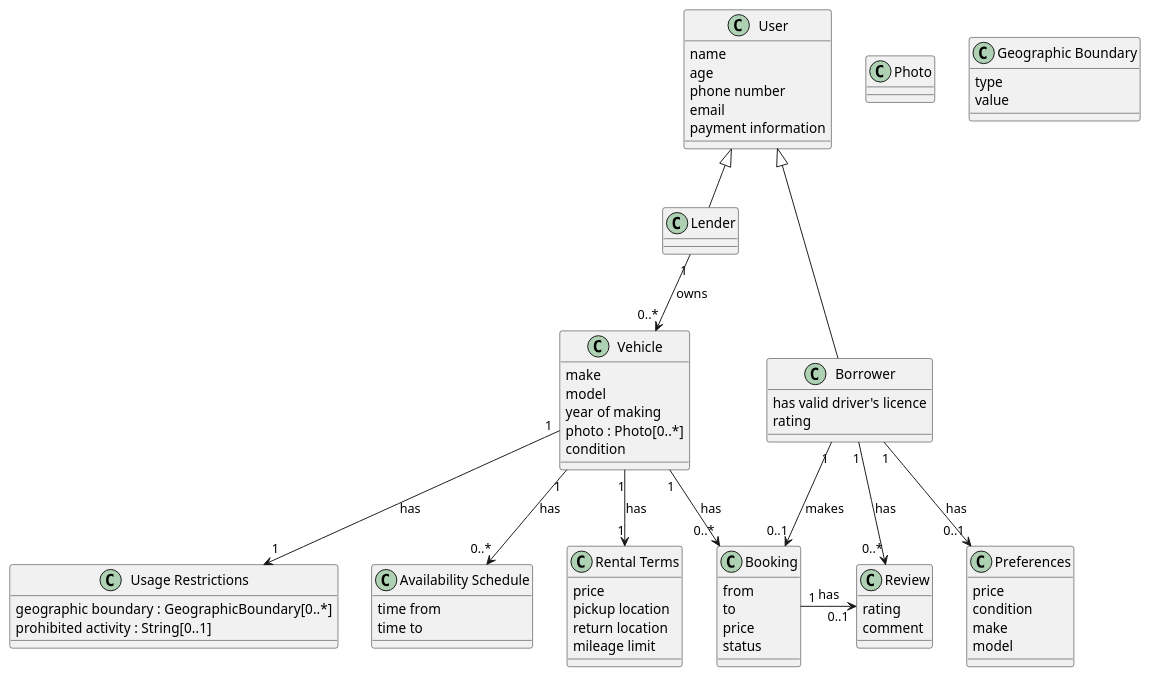
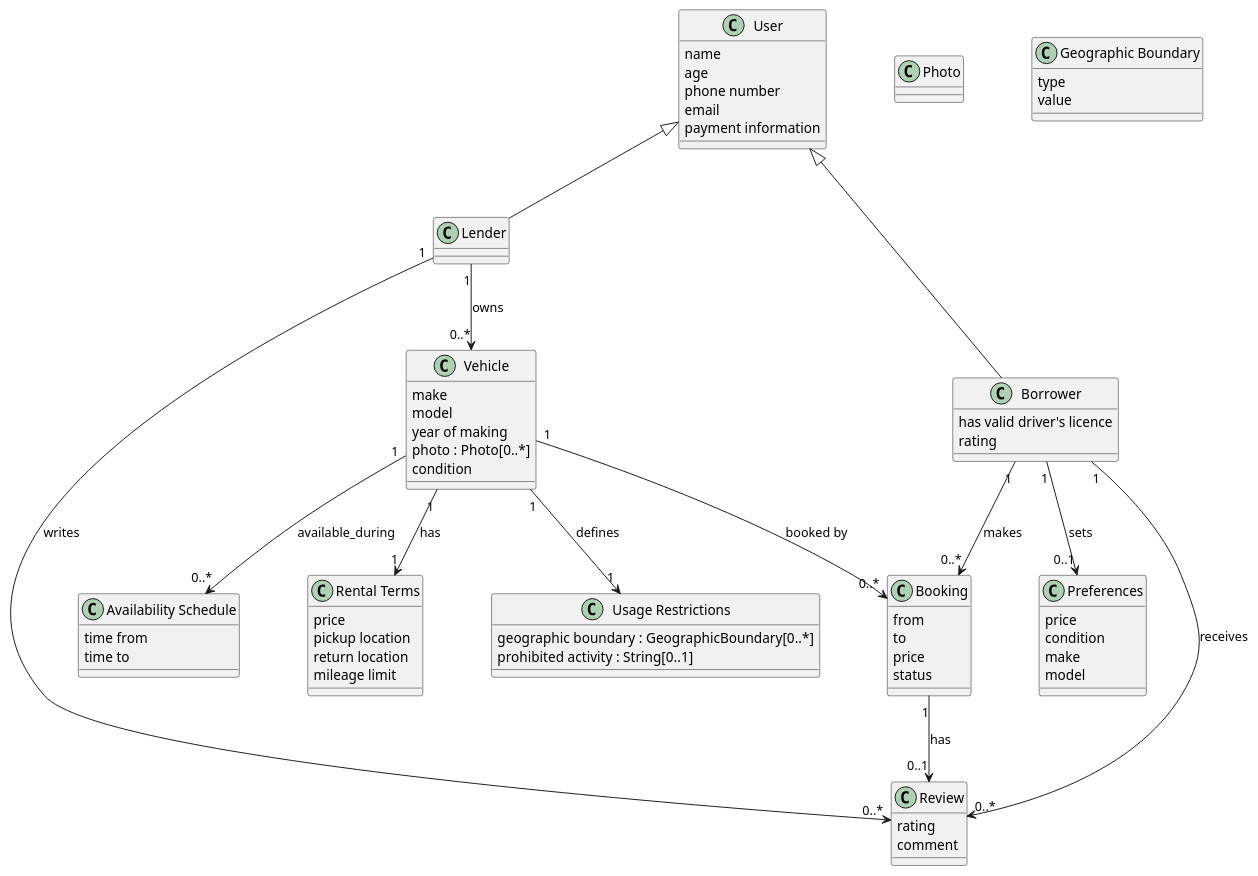
Before and after one commit to bruzla/NSWI041: the diagram in domain_model/domain_model.plantuml, drawn with PlantUML. The commit also changed 1 other file, not shown here.

Commit message:
Improve domain model associations (add Review-Lender link)

```diff
--- a/domain_model/domain_model.plantuml
+++ b/domain_model/domain_model.plantuml
@@ -1,98 +1,102 @@
 @startuml
+
+skinparam nodesep 70
+skinparam ranksep 70
 
 '---------- Actors
 
 class User {
     name
     age
     phone number
     email
     payment information
 }
 
 class Lender {
 
 }
 
 class Borrower {
     has valid driver's licence
     rating
 }
 
 '---------- Vehicle
 
 class Photo
 
 class Vehicle {
     make
     model
     year of making
     photo : Photo[0..*]
     condition
 }
 
 class "Availability Schedule" as AvailabilitySchedule {
     time from
     time to
 }
 
 class "Rental Terms" as RentalTerms {
     price
     pickup location
     return location
     mileage limit
 }
 
 class "Geographic Boundary" as GeographicBoundary {
     type
     value
 }
 
 class "Usage Restrictions" as UsageRestriction {
     geographic boundary : GeographicBoundary[0..*]
     prohibited activity : String[0..1]
 }
 
 '---------- Other
 
 class Review {
     rating
     comment
 }
 
 class Preferences {
     price
     condition
     make
     model
 }
 
 class Booking {
     from
     to
     price
     status
 }
 
 '---------- Associations
 
 'Lender --|> User
 'Borrower --|> User
 
 User <|-- Lender
 User <|-- Borrower
 
 Lender "1" --> "0..*" Vehicle : owns
+Lender "1" --> "0..*" Review : writes
 
-Borrower "1" --> "0..1" Booking : makes
-Borrower "1" --> "0..*" Review : has
-Booking "1" --right> "0..1" Review : has
-Borrower "1" --> "0..1" Preferences : has
+Borrower "1" --> "0..*" Booking : makes
+Borrower "1" --> "0..*" Review : receives
+Booking "1" --> "0..1" Review : has
+Borrower "1" --> "0..1" Preferences : sets
 
-Vehicle "1" --> "0..*" Booking : has
+Vehicle "1" --> "0..*" Booking : booked by
 Vehicle "1" --> "1" RentalTerms : has
-Vehicle "1" --> "1" UsageRestriction : has
-Vehicle "1" --> "0..*" AvailabilitySchedule : has
+Vehicle "1" --> "1" UsageRestriction : defines
+Vehicle "1" --> "0..*" AvailabilitySchedule : available_during
 
 
 @enduml
```
